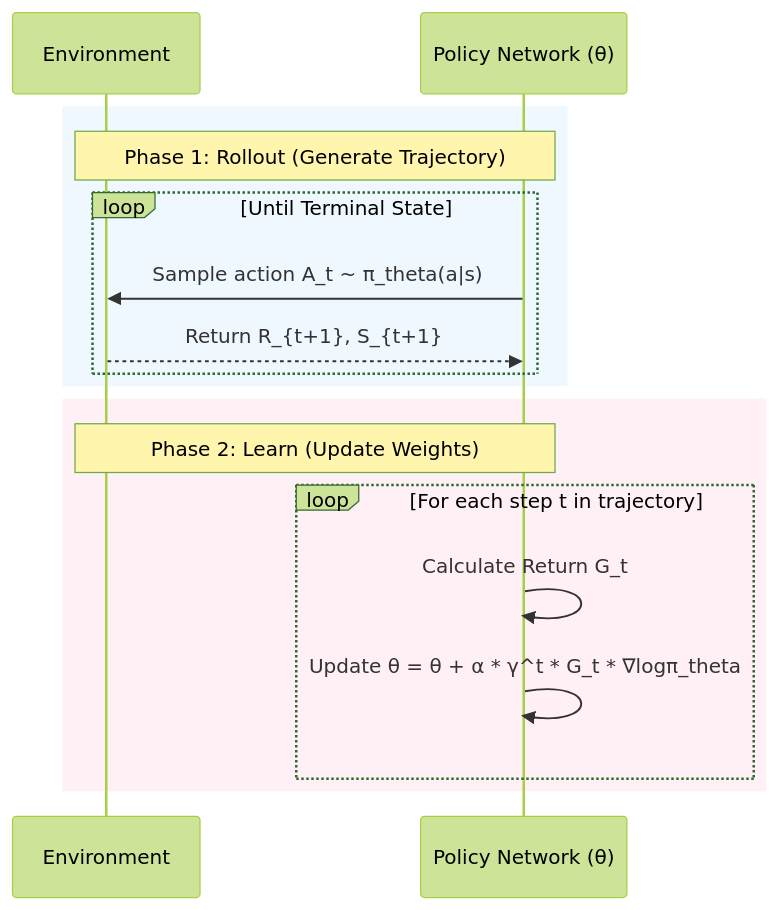
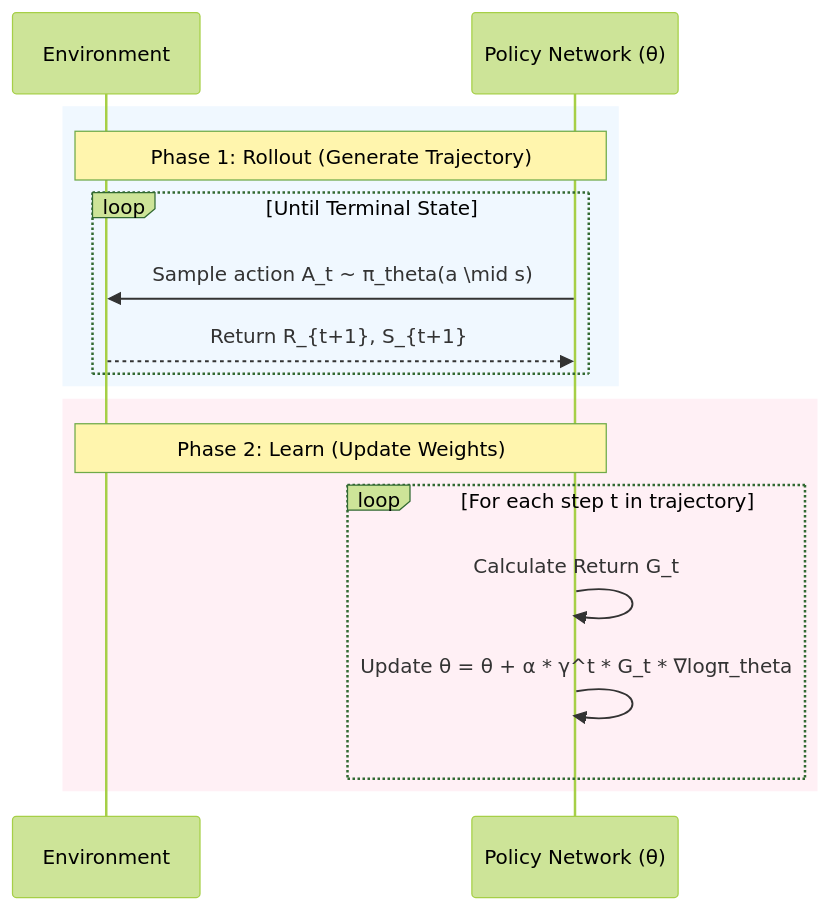
The first of 2 diagrams in barto-sutton-graesser-keng/lecture9-policy-gradient/lecture9-policy-gradient.md (samratkar/drl), drawn with Mermaid (forest theme) before and after one commit. The commit also changed other lines of this file, not shown here.

````diff
--- a/barto-sutton-graesser-keng/lecture9-policy-gradient/lecture9-policy-gradient.md
+++ b/barto-sutton-graesser-keng/lecture9-policy-gradient/lecture9-policy-gradient.md
@@ -165,21 +165,21 @@
 ```mermaid
 sequenceDiagram
     participant Env as Environment
     participant Agent as Policy Network (θ)
     
     rect rgb(240, 248, 255)
     Note over Env, Agent: Phase 1: Rollout (Generate Trajectory)
     loop Until Terminal State
-        Agent->>Env: Sample action A_t ~ π_theta(a|s)
+        Agent->>Env: Sample action A_t ~ π_theta(a \mid s)
         Env-->>Agent: Return R_{t+1}, S_{t+1}
     end
     end
     
     rect rgb(255, 240, 245)
     Note over Env, Agent: Phase 2: Learn (Update Weights)
     loop For each step t in trajectory
         Agent->>Agent: Calculate Return G_t
         Agent->>Agent: Update θ = θ + α * γ^t * G_t * ∇logπ_theta
     end
     end
 ```
````
